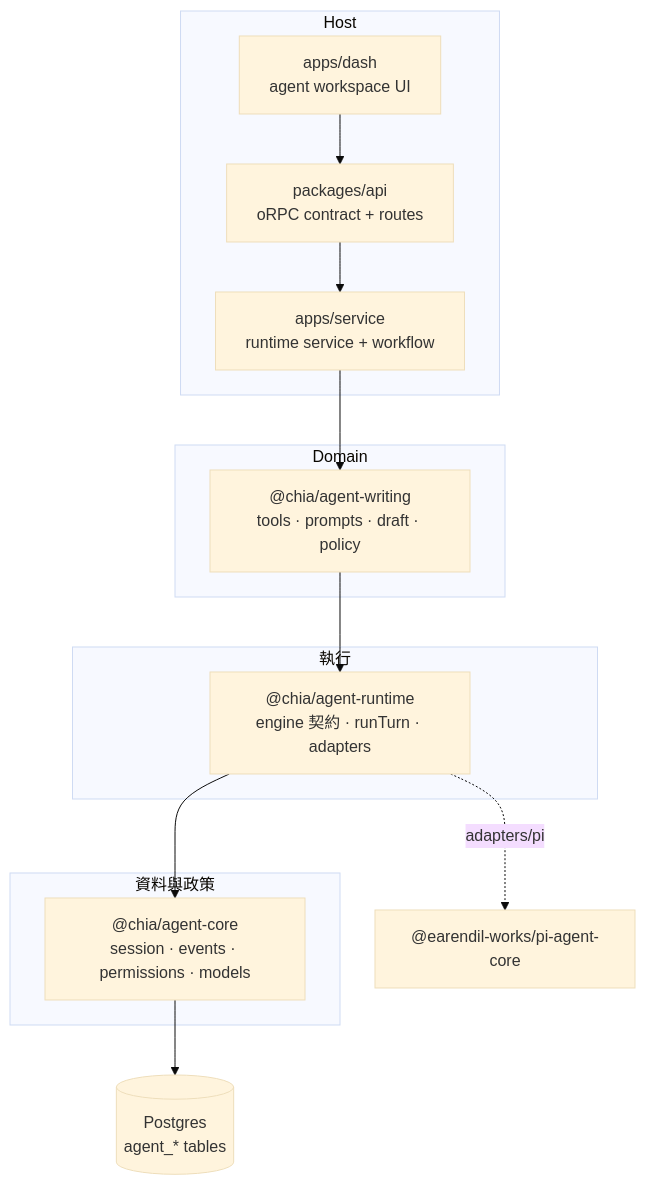
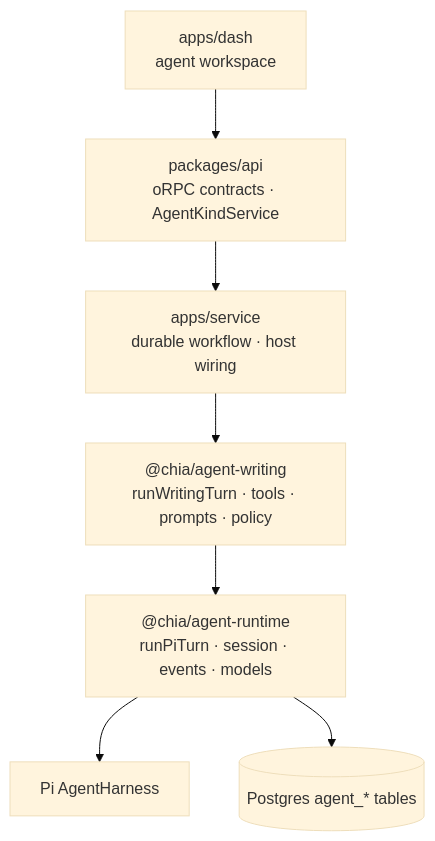
Before and after one commit to Chia1104/chia1104.dev: the first of 3 diagrams in docs/agent-architecture.zh.md, drawn with Mermaid (base theme). The commit also changed other lines of this file and 69 other files, not shown here.

Commit message:
refactor(agent): simplify agent harness architecture

````diff
--- a/docs/agent-architecture.zh.md
+++ b/docs/agent-architecture.zh.md
@@ -23,22 +20,9 @@
 ```mermaid
 flowchart TB
-    subgraph host["Host"]
-        dash["apps/dash<br/>agent workspace UI"]
-        api["packages/api<br/>oRPC contract + routes"]
-        svc["apps/service<br/>runtime service + workflow"]
-    end
-    subgraph domain["Domain"]
-        writing["@chia/agent-writing<br/>tools · prompts · draft · policy"]
-    end
-    subgraph exec["執行"]
-        runtime["@chia/agent-runtime<br/>engine 契約 · runTurn · adapters"]
-    end
-    subgraph data["資料與政策"]
-        core["@chia/agent-core<br/>session · events · permissions · models"]
-    end
-
-    dash --> api --> svc
-    svc --> writing --> runtime --> core
-    runtime -.->|adapters/pi| pi["@earendil-works/pi-agent-core"]
-    core --> pg[("Postgres<br/>agent_* tables")]
+    dash["apps/dash<br/>agent workspace"] --> api["packages/api<br/>oRPC contracts · AgentKindService"]
+    api --> service["apps/service<br/>durable workflow · host wiring"]
+    service --> writing["@chia/agent-writing<br/>runWritingTurn · tools · prompts · policy"]
+    writing --> runtime["@chia/agent-runtime<br/>runPiTurn · session · events · models"]
+    runtime --> pi["Pi AgentHarness"]
+    runtime --> pg[("Postgres agent_* tables")]
 ```
````
